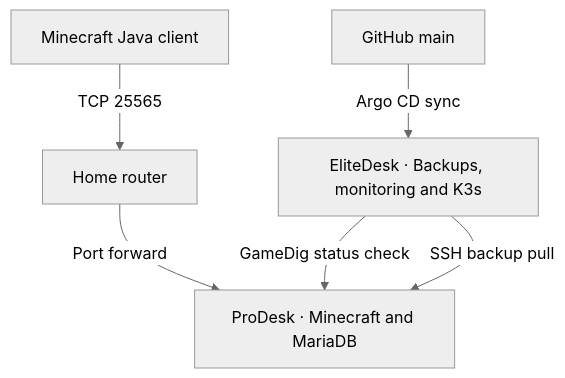
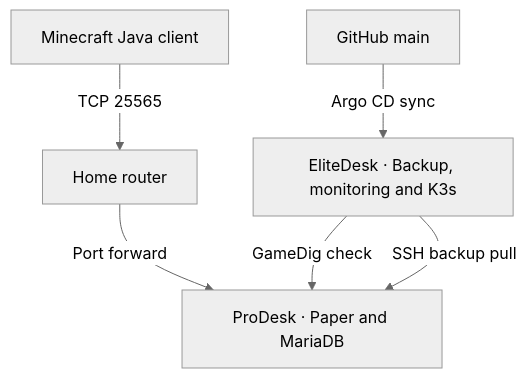
The diagram in README.md (Tobiaslohre/docker-minecraft-homelab), drawn with Mermaid (neutral theme) before and after one commit. The commit also changed other lines of this file, not shown here.

````diff
--- a/README.md
+++ b/README.md
@@ -7,8 +13,8 @@
 ```mermaid
 flowchart TB
     player["Minecraft Java client"] -->|TCP 25565| router["Home router"]
-    router -->|Port forward| prodesk["ProDesk · Minecraft and MariaDB"]
-    elitedesk["EliteDesk · Backups, monitoring and K3s"] -->|GameDig status check| prodesk
+    router -->|Port forward| prodesk["ProDesk · Paper and MariaDB"]
+    elitedesk["EliteDesk · Backup, monitoring and K3s"] -->|GameDig check| prodesk
     elitedesk -->|SSH backup pull| prodesk
     github["GitHub main"] -->|Argo CD sync| elitedesk
 ```
````
